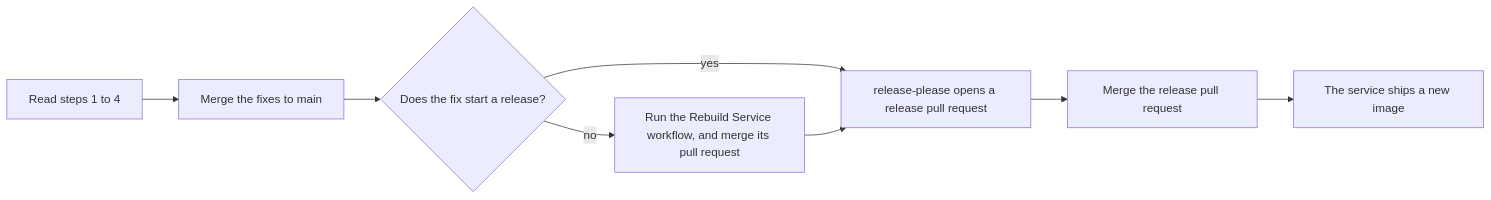
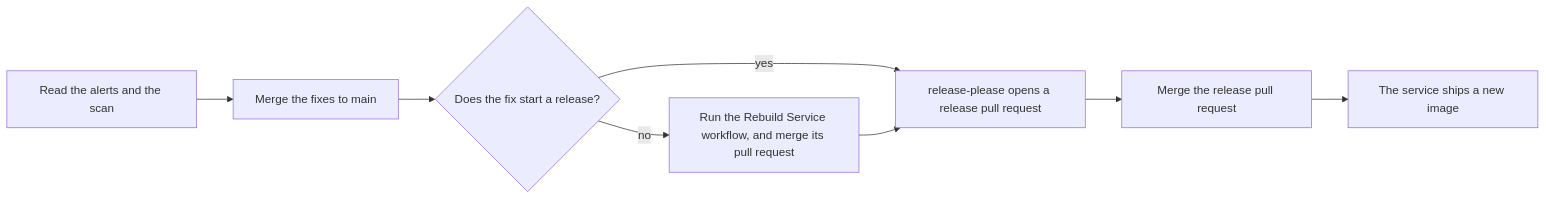
One commit to Unique-AG/connectors changed the fifth of 5 diagrams in SECURITY-PROCESS.md. Above: the diagram before and after it, drawn with Mermaid. The commit also changed other lines of this file, not shown here.

Commit message:
docs(main): rewrite the operator routine to match the weekly and the periodic practice

````diff
--- a/SECURITY-PROCESS.md
+++ b/SECURITY-PROCESS.md
@@ -296,10 +351,10 @@
 ```mermaid
 flowchart LR
-  read[Read steps 1 to 4] --> fix[Merge the fixes to main]
+  read[Read the alerts and the scan] --> fix[Merge the fixes to main]
   fix --> starts{Does the fix start a release?}
   starts -->|yes| relpr[release-please opens a release pull request]
   starts -->|no| rebuild[Run the Rebuild Service workflow, and merge its pull request]
   rebuild --> relpr
   relpr --> merge[Merge the release pull request]
   merge --> image[The service ships a new image]
 ```
````
